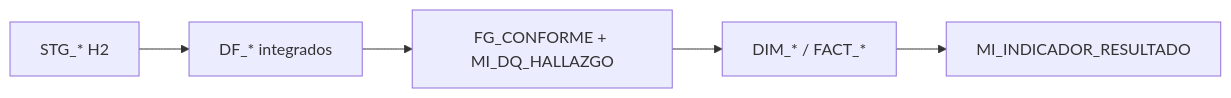
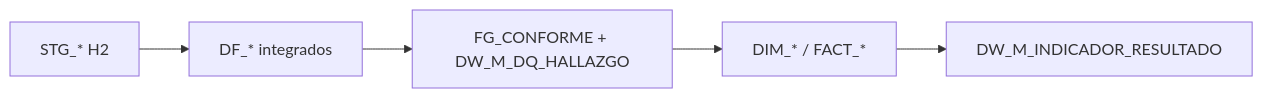
The diagram in .agents/skills/auditable-soft-quarantine/SKILL.md (nwodevops/multa_informes_etl), drawn with Mermaid before and after one commit. The commit also changed other lines of this file and 67 other files, not shown here.

````diff
--- a/.agents/skills/auditable-soft-quarantine/SKILL.md
+++ b/.agents/skills/auditable-soft-quarantine/SKILL.md
@@ -27,10 +27,10 @@
 ```mermaid
 flowchart LR
   STG["STG_* H2"]
   DF["DF_* integrados"]
-  QA["FG_CONFORME + MI_DQ_HALLAZGO"]
+  QA["FG_CONFORME + DW_M_DQ_HALLAZGO"]
   DIM["DIM_* / FACT_*"]
-  IND["MI_INDICADOR_RESULTADO"]
+  IND["DW_M_INDICADOR_RESULTADO"]
 
   STG --> DF --> QA --> DIM --> IND
 ```
````
